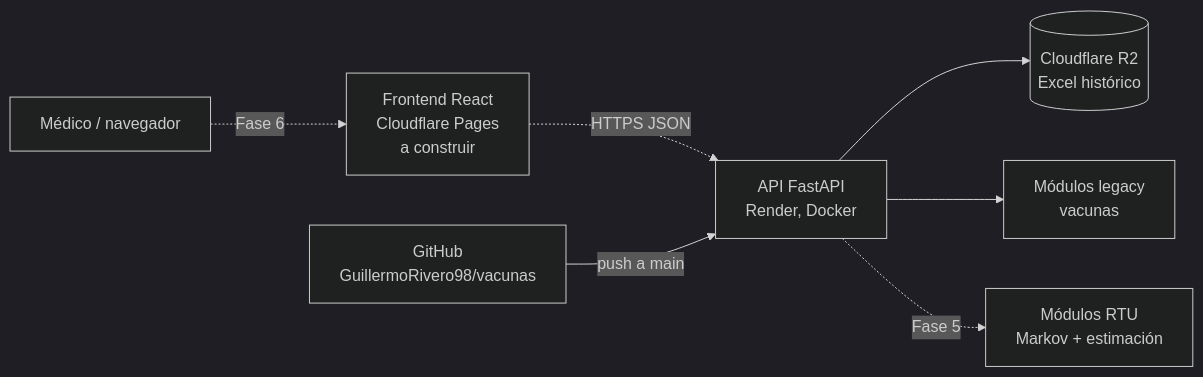
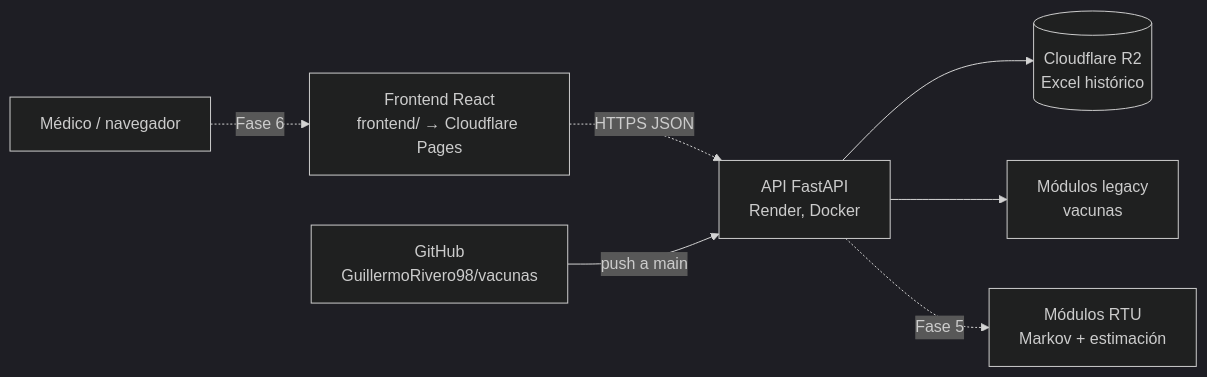
Before and after one commit to GuillermoRivero98/vacunas: the first of 2 diagrams in README.md, drawn with Mermaid (dark theme). The commit also changed other lines of this file and 11 other files, not shown here.

````diff
--- a/README.md
+++ b/README.md
@@ -148,9 +148,9 @@
 ```mermaid
 flowchart LR
-    U[Médico / navegador] -.->|Fase 6| FE[Frontend React<br/>Cloudflare Pages<br/>a construir]
+    U[Médico / navegador] -.->|Fase 6| FE[Frontend React<br/>frontend/ → Cloudflare Pages]
     FE -.->|HTTPS JSON| API[API FastAPI<br/>Render, Docker]
     API --> R2[(Cloudflare R2<br/>Excel histórico)]
     API --> LEG[Módulos legacy<br/>vacunas]
     API -.->|Fase 5| RTU[Módulos RTU<br/>Markov + estimación]
     GH[GitHub<br/>GuillermoRivero98/vacunas] -->|push a main| API
 ```
````
